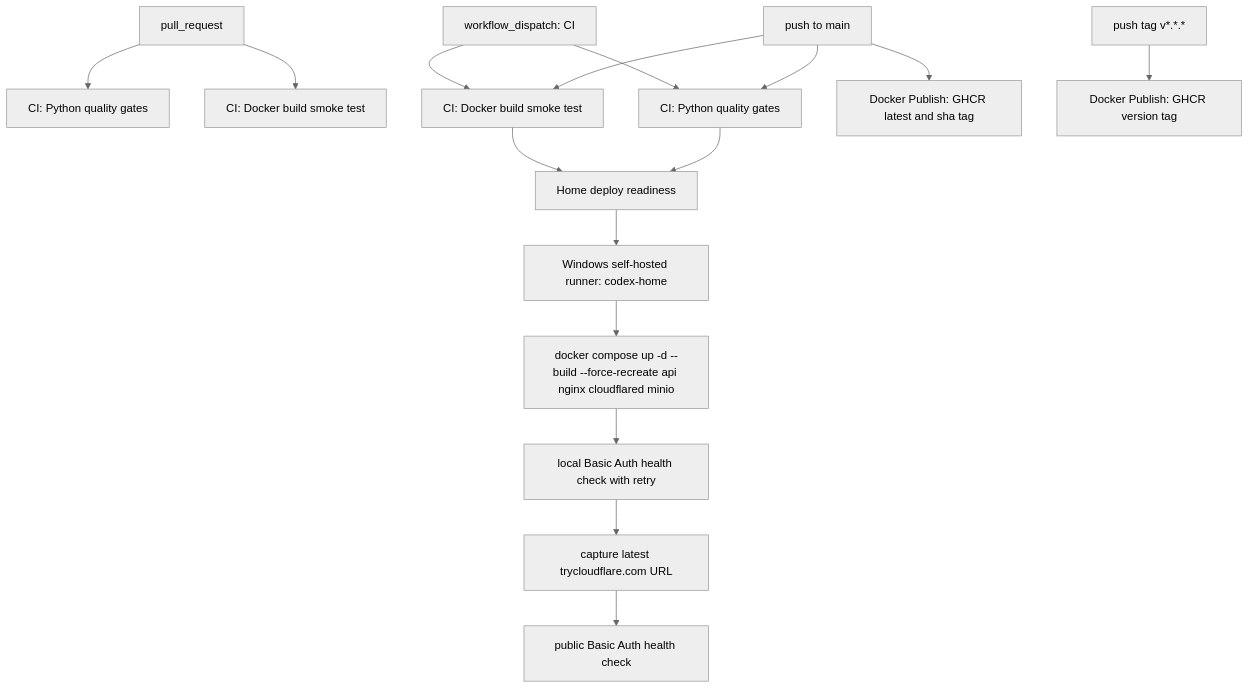
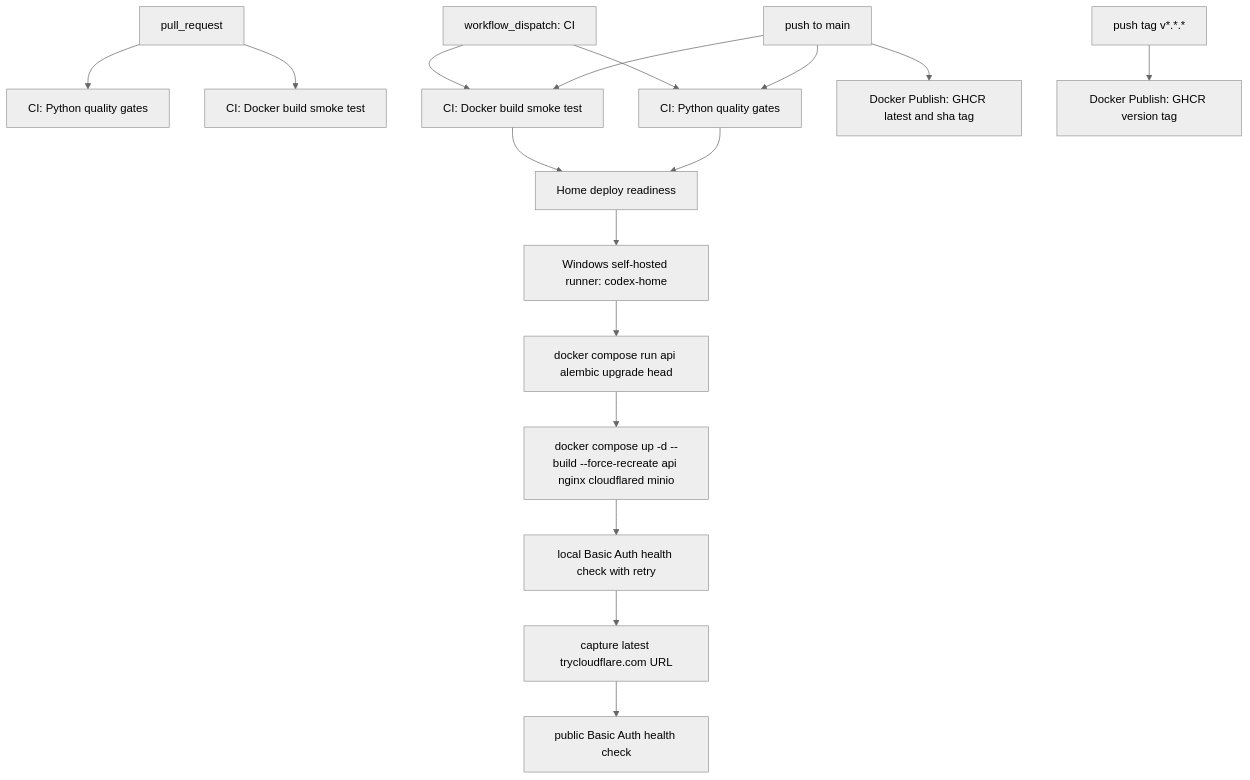
Before and after one commit to Mabaragi/codex-youtube-pipeline: the first of 5 diagrams in docs/CICD.md, drawn with Mermaid (neutral theme). The commit also changed other lines of this file and 32 other files, not shown here.

````diff
--- a/docs/CICD.md
+++ b/docs/CICD.md
@@ -15,21 +15,22 @@
 ```mermaid
 flowchart TD
     PR["pull_request"] --> QualityPR["CI: Python quality gates"]
     PR --> DockerPR["CI: Docker build smoke test"]
 
     Main["push to main"] --> QualityMain["CI: Python quality gates"]
     Main --> DockerMain["CI: Docker build smoke test"]
     Main --> PublishMain["Docker Publish: GHCR latest and sha tag"]
 
     QualityMain --> Preflight["Home deploy readiness"]
     DockerMain --> Preflight
     Preflight --> HomeRunner["Windows self-hosted runner: codex-home"]
-    HomeRunner --> ComposeDeploy["docker compose up -d --build --force-recreate api nginx cloudflared minio"]
+    HomeRunner --> Migration["docker compose run api alembic upgrade head"]
+    Migration --> ComposeDeploy["docker compose up -d --build --force-recreate api nginx cloudflared minio"]
     ComposeDeploy --> LocalHealth["local Basic Auth health check with retry"]
     LocalHealth --> CaptureUrl["capture latest trycloudflare.com URL"]
     CaptureUrl --> PublicHealth["public Basic Auth health check"]
 
     Tag["push tag v*.*.*"] --> PublishTag["Docker Publish: GHCR version tag"]
     Manual["workflow_dispatch: CI"] --> QualityMain
     Manual --> DockerMain
 ```
````
